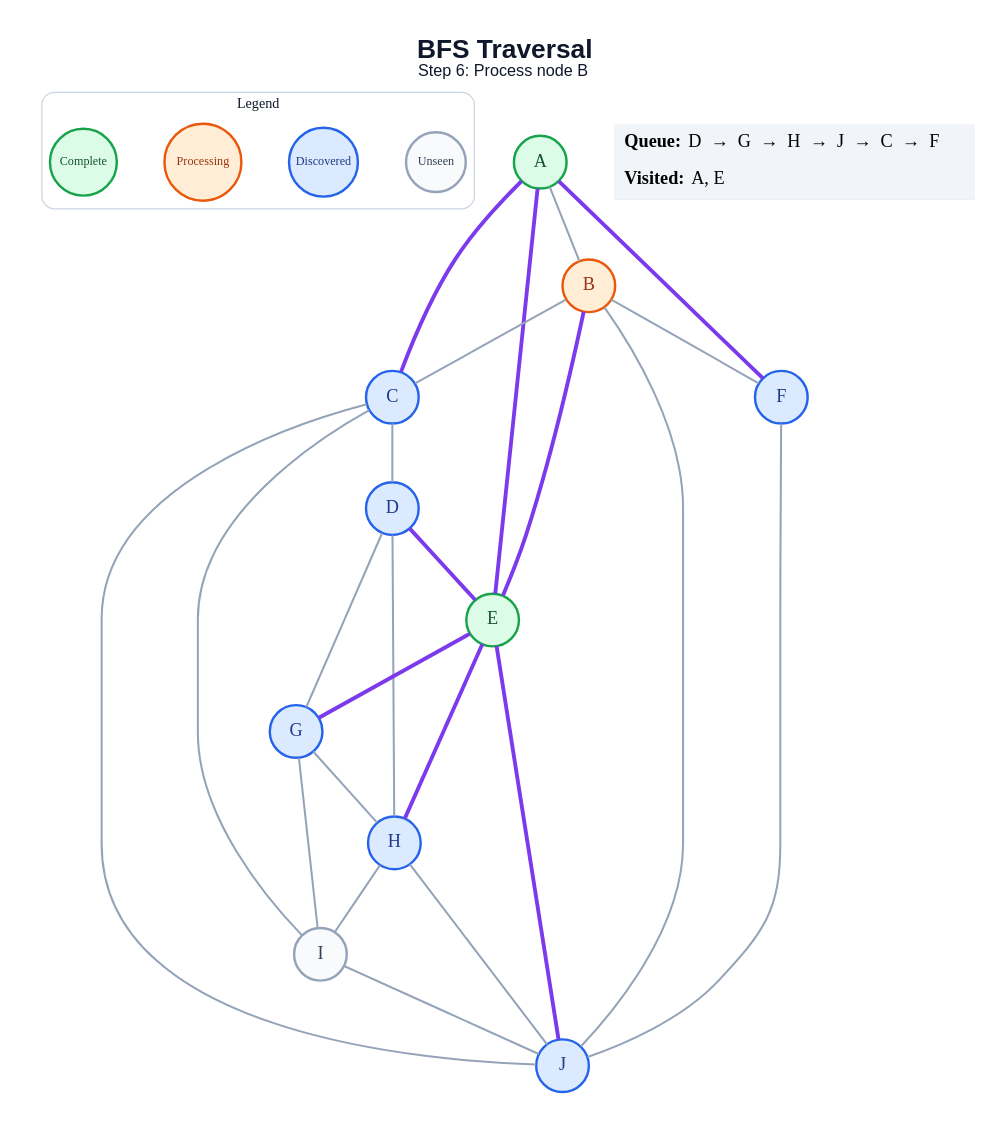
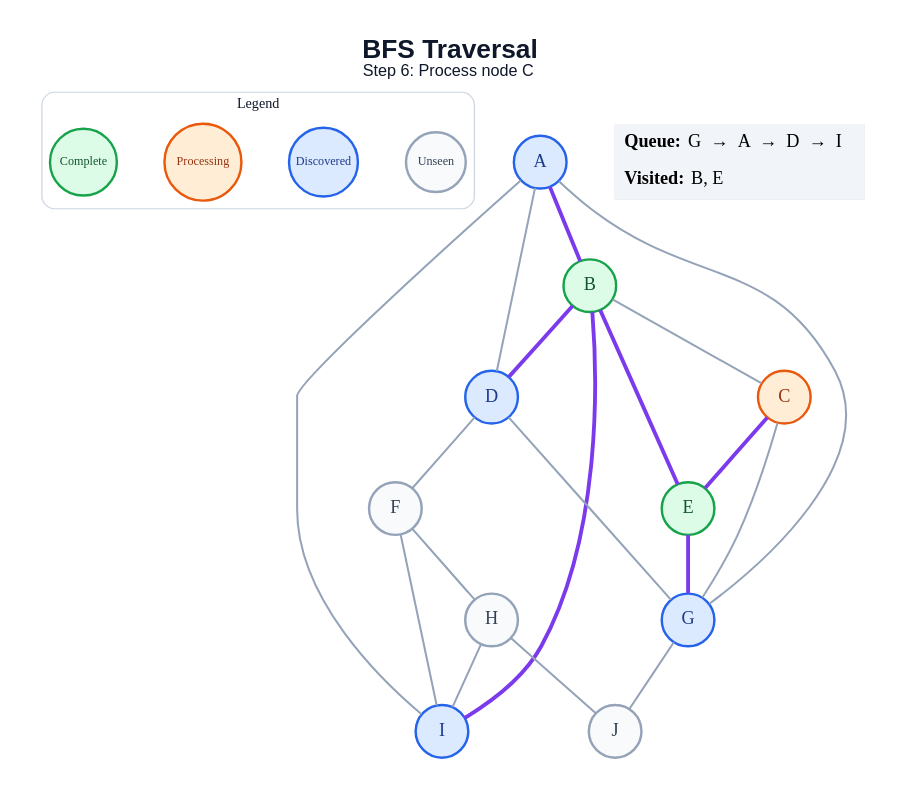
One commit to amanghodawala9/ai-slop changed the diagram in generated/specific-node/bfs/step_06.dot. Above: the diagram before and after it, drawn with Graphviz. The commit also changed 178 other files, not shown here.

```diff
--- a/generated/specific-node/bfs/step_06.dot
+++ b/generated/specific-node/bfs/step_06.dot
@@ -1,52 +1,47 @@
 graph traversal {
   graph [layout=dot, rankdir=TB, bgcolor="#FFFFFF", pad="0.35", nodesep="0.65", ranksep="0.8", fontname="Arial"];
   node [shape=circle, style="filled", fontname="Arial Bold", fontsize=18, width=0.72, fixedsize=true, penwidth=2.4];
   edge [color="#94A3B8", penwidth=2.0];
-  label=<<B>BFS Traversal</B><BR/><FONT POINT-SIZE="16">Step 6: Process node B</FONT>>; labelloc="t"; fontsize=26; fontname="Arial"; fontcolor="#0F172A";
+  label=<<B>BFS Traversal</B><BR/><FONT POINT-SIZE="16">Step 6: Process node C</FONT>>; labelloc="t"; fontsize=26; fontname="Arial"; fontcolor="#0F172A";
   subgraph cluster_legend { label="Legend"; color="#CBD5E1"; penwidth=1.2; style="rounded"; fontsize=14; fontname="Arial Bold";
     key_unseen [label="Unseen", fillcolor="#F8FAFC", color="#94A3B8", fontcolor="#334155", fontsize=12, width=0.82];
     key_frontier [label="Discovered", fillcolor="#DBEAFE", color="#2563EB", fontcolor="#1E3A8A", fontsize=12, width=0.95];
     key_current [label="Processing", fillcolor="#FFEDD5", color="#EA580C", fontcolor="#9A3412", fontsize=12, width=1.05];
     key_done [label="Complete", fillcolor="#DCFCE7", color="#16A34A", fontcolor="#14532D", fontsize=12, width=0.92];
     { rank=same; key_unseen; key_frontier; key_current; key_done; }
   }
-  A [fillcolor="#DCFCE7", color="#16A34A", fontcolor="#14532D"];
-  B [fillcolor="#FFEDD5", color="#EA580C", fontcolor="#9A3412"];
-  C [fillcolor="#DBEAFE", color="#2563EB", fontcolor="#1E3A8A"];
+  A [fillcolor="#DBEAFE", color="#2563EB", fontcolor="#1E3A8A"];
+  B [fillcolor="#DCFCE7", color="#16A34A", fontcolor="#14532D"];
+  C [fillcolor="#FFEDD5", color="#EA580C", fontcolor="#9A3412"];
   D [fillcolor="#DBEAFE", color="#2563EB", fontcolor="#1E3A8A"];
   E [fillcolor="#DCFCE7", color="#16A34A", fontcolor="#14532D"];
-  F [fillcolor="#DBEAFE", color="#2563EB", fontcolor="#1E3A8A"];
+  F [fillcolor="#F8FAFC", color="#94A3B8", fontcolor="#334155"];
   G [fillcolor="#DBEAFE", color="#2563EB", fontcolor="#1E3A8A"];
-  H [fillcolor="#DBEAFE", color="#2563EB", fontcolor="#1E3A8A"];
-  I [fillcolor="#F8FAFC", color="#94A3B8", fontcolor="#334155"];
-  J [fillcolor="#DBEAFE", color="#2563EB", fontcolor="#1E3A8A"];
-  A -- B;
-  A -- C [color="#7C3AED", penwidth=3.8];
-  A -- E [color="#7C3AED", penwidth=3.8];
-  A -- F [color="#7C3AED", penwidth=3.8];
+  H [fillcolor="#F8FAFC", color="#94A3B8", fontcolor="#334155"];
+  I [fillcolor="#DBEAFE", color="#2563EB", fontcolor="#1E3A8A"];
+  J [fillcolor="#F8FAFC", color="#94A3B8", fontcolor="#334155"];
+  A -- B [color="#7C3AED", penwidth=3.8];
+  A -- D;
+  A -- G;
+  A -- I;
   B -- C;
+  B -- D [color="#7C3AED", penwidth=3.8];
   B -- E [color="#7C3AED", penwidth=3.8];
-  B -- F;
-  B -- J;
-  C -- D;
-  C -- I;
-  C -- J;
-  D -- E [color="#7C3AED", penwidth=3.8];
+  B -- I [color="#7C3AED", penwidth=3.8];
+  C -- E [color="#7C3AED", penwidth=3.8];
+  C -- G;
+  D -- F;
   D -- G;
-  D -- H;
   E -- G [color="#7C3AED", penwidth=3.8];
-  E -- H [color="#7C3AED", penwidth=3.8];
-  E -- J [color="#7C3AED", penwidth=3.8];
-  F -- J;
-  G -- H;
-  G -- I;
+  F -- H;
+  F -- I;
+  G -- J;
   H -- I;
   H -- J;
-  I -- J;
   status [shape=plain, fixedsize=false, width=0, height=0, margin=0, label=<
     <TABLE BORDER="0" CELLBORDER="0" CELLPADDING="7" BGCOLOR="#F1F5F9">
-      <TR><TD ALIGN="LEFT"><B>Queue:</B> D  →  G  →  H  →  J  →  C  →  F</TD></TR>
-      <TR><TD ALIGN="LEFT"><B>Visited:</B> A, E</TD></TR>
+      <TR><TD ALIGN="LEFT"><B>Queue:</B> G  →  A  →  D  →  I</TD></TR>
+      <TR><TD ALIGN="LEFT"><B>Visited:</B> B, E</TD></TR>
     </TABLE>
   >];
 }
```
